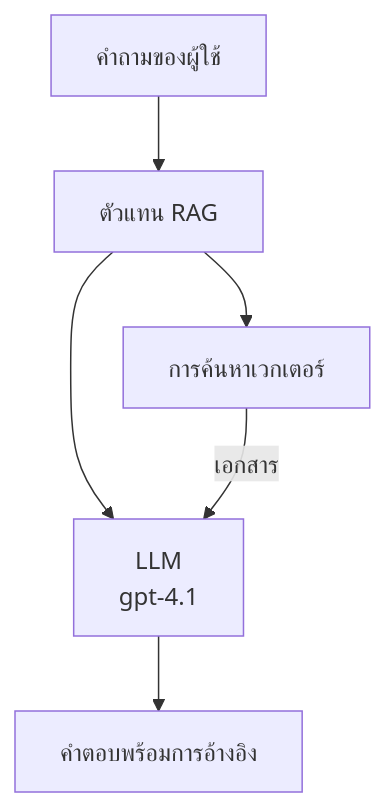
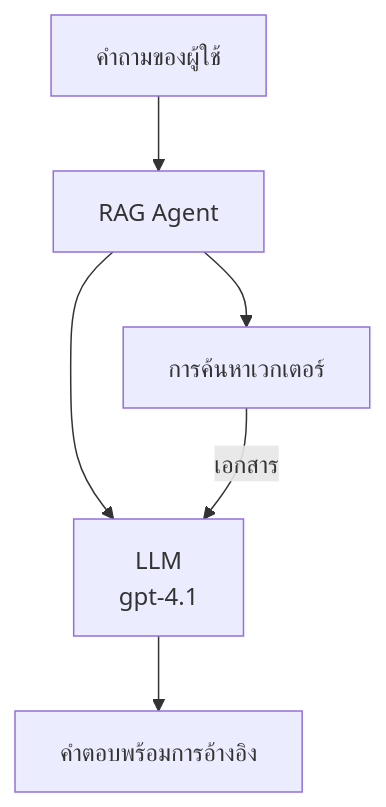
Before and after one commit to microsoft/AZD-for-beginners: the second of 3 diagrams in translations/th/docs/chapter-02-ai-development/agents.md, drawn with Mermaid. The commit also changed other lines of this file and 101 other files, not shown here.

````diff
--- a/translations/th/docs/chapter-02-ai-development/agents.md
+++ b/translations/th/docs/chapter-02-ai-development/agents.md
@@ -170,8 +175,8 @@
 ```mermaid
 graph TD
-    Query[คำถามของผู้ใช้] --> RAG[ตัวแทน RAG]
+    Query[คำถามของผู้ใช้] --> RAG[RAG Agent]
     RAG --> Vector[การค้นหาเวกเตอร์]
     RAG --> LLM[LLM<br/>gpt-4.1]
     Vector -- เอกสาร --> LLM
     LLM --> Response[คำตอบพร้อมการอ้างอิง]
 ```
````
